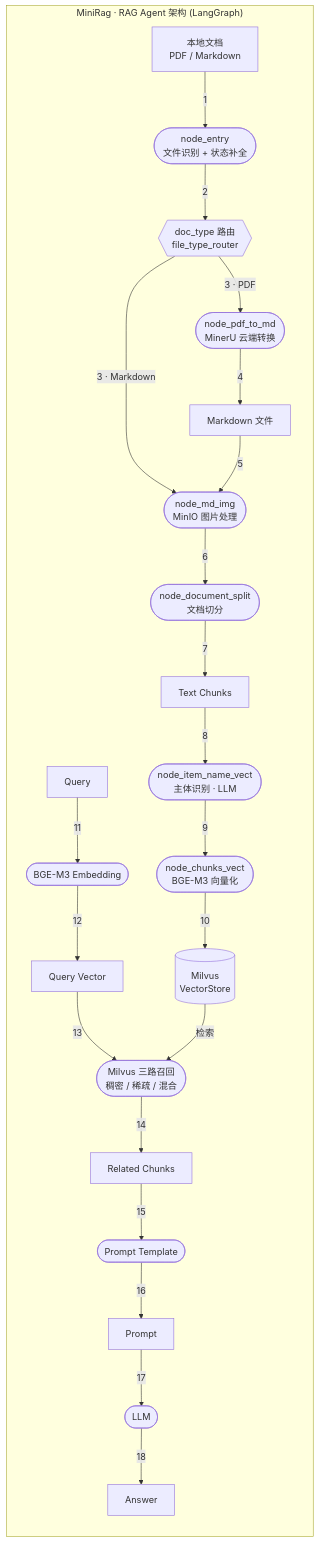
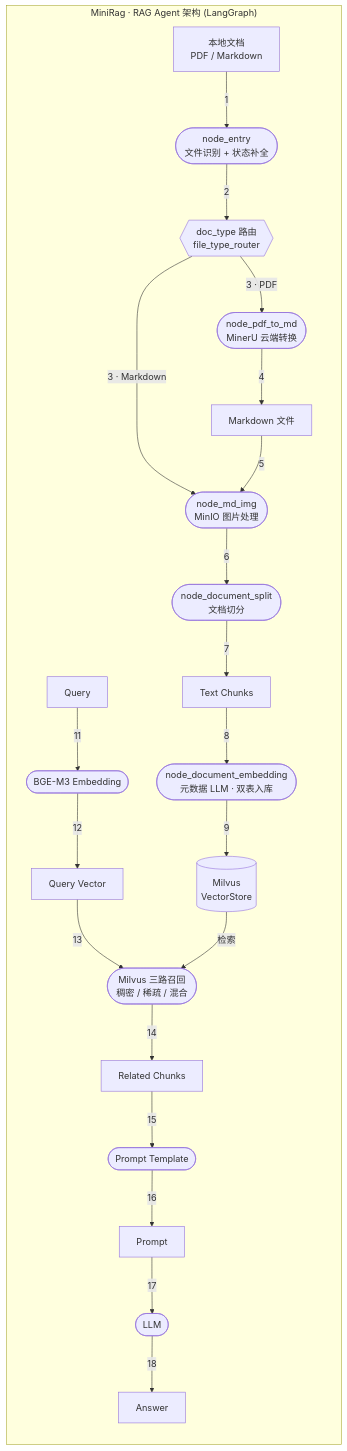
The diagram in docs/architecture.md (Refone/MiniRAG), drawn with Mermaid before and after one commit. The commit also changed other lines of this file and 22 other files, not shown here.

````diff
--- a/docs/architecture.md
+++ b/docs/architecture.md
@@ -9,54 +9,52 @@
 ```mermaid
 flowchart TD
     subgraph MiniRag ["MiniRag · RAG Agent 架构 (LangGraph)"]
         direction TB
 
         %% ===== 链路1: 文档导入 (import_processor) =====
         D0["本地文档<br/>PDF / Markdown"]
         E0(["node_entry<br/>文件识别 + 状态补全"])
         R0{{"doc_type 路由<br/>file_type_router"}}
         E1(["node_pdf_to_md<br/>MinerU 云端转换"])
         E2["Markdown 文件"]
         E3(["node_md_img<br/>MinIO 图片处理"])
         E4(["node_document_split<br/>文档切分"])
         E5["Text Chunks"]
-        E6(["node_item_name_vect<br/>主体识别 · LLM"])
-        E7(["node_chunks_vect<br/>BGE-M3 向量化"])
+        E6(["node_document_embedding<br/>元数据 LLM · 双表入库"])
         E8[("Milvus<br/>VectorStore")]
 
         %% ===== 链路2: 查询与检索 (query_processor, 待实现) =====
         Q1["Query"]
         Q2(["BGE-M3 Embedding"])
         Q3["Query Vector"]
         Q4(["Milvus 三路召回<br/>稠密 / 稀疏 / 混合"])
         Q5["Related Chunks"]
         Q6(["Prompt Template"])
         Q7["Prompt"]
         Q8(["LLM"])
         Q9["Answer"]
 
         %% 链路1 边
         D0 -->|"1"| E0
         E0 -->|"2"| R0
         R0 -->|"3 · PDF"| E1
         R0 -->|"3 · Markdown"| E3
         E1 -->|"4"| E2
         E2 -->|"5"| E3
         E3 -->|"6"| E4
         E4 -->|"7"| E5
         E5 -->|"8"| E6
-        E6 -->|"9"| E7
-        E7 -->|"10"| E8
+        E6 -->|"9"| E8
 
         %% 链路2 边
         Q1 -->|"11"| Q2
         Q2 -->|"12"| Q3
         Q3 -->|"13"| Q4
         E8 -->|"检索"| Q4
         Q4 -->|"14"| Q5
         Q5 -->|"15"| Q6
         Q6 -->|"16"| Q7
         Q7 -->|"17"| Q8
         Q8 -->|"18"| Q9
     end
 ```
````
